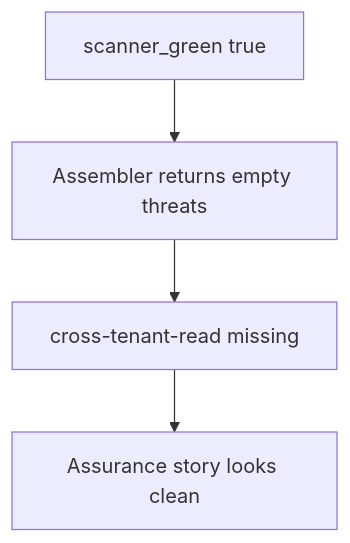
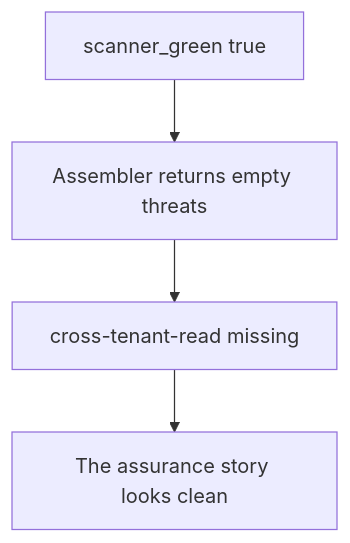
One commit to ishitvagoel/LearnSecurity changed the diagram in content/modules/3/3.2/lessons/03-break.md. Above: the diagram before and after it, drawn with Mermaid. The commit also changed other lines of this file and 31 other files, not shown here.

````diff
--- a/content/modules/3/3.2/lessons/03-break.md
+++ b/content/modules/3/3.2/lessons/03-break.md
@@ -17,6 +24,6 @@
 ```mermaid
 flowchart TD
   Green["scanner_green true"] --> Copy["Assembler returns empty threats"]
   Copy --> List["cross-tenant-read missing"]
-  List --> Reviewer[Assurance story looks clean]
+  List --> Reviewer[The assurance story looks clean]
 ```
````
